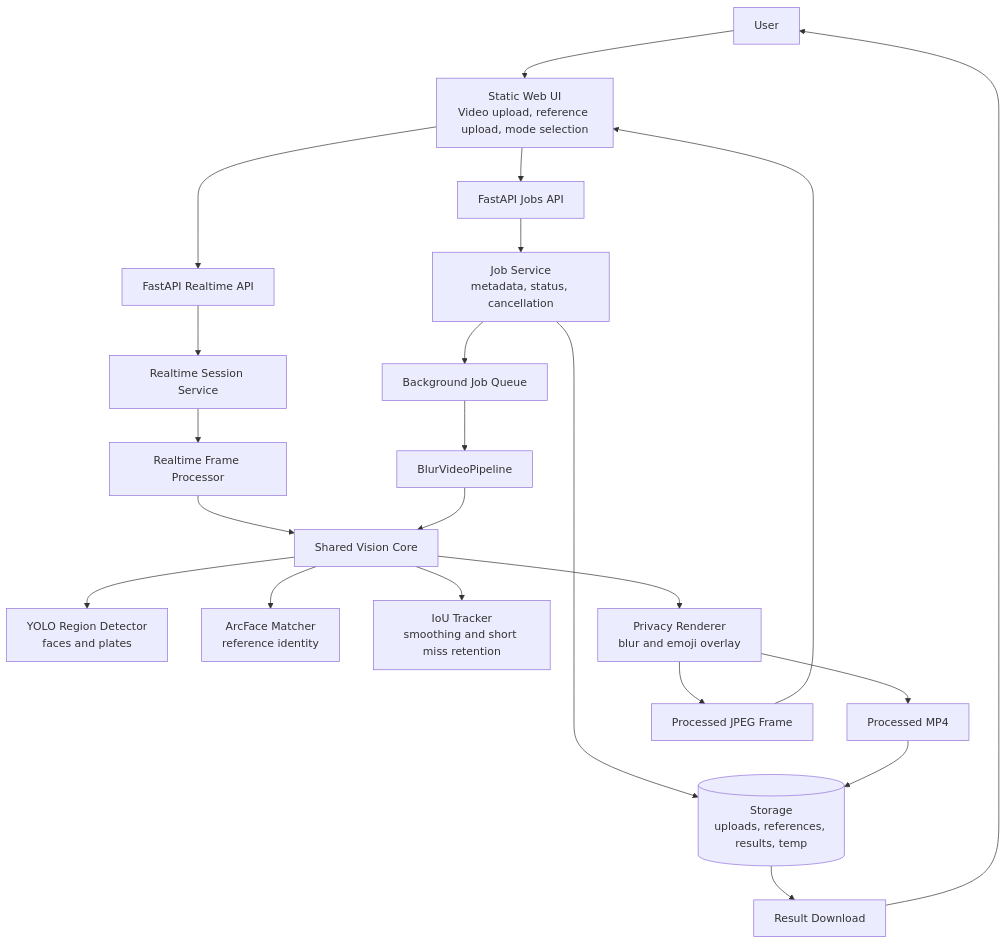
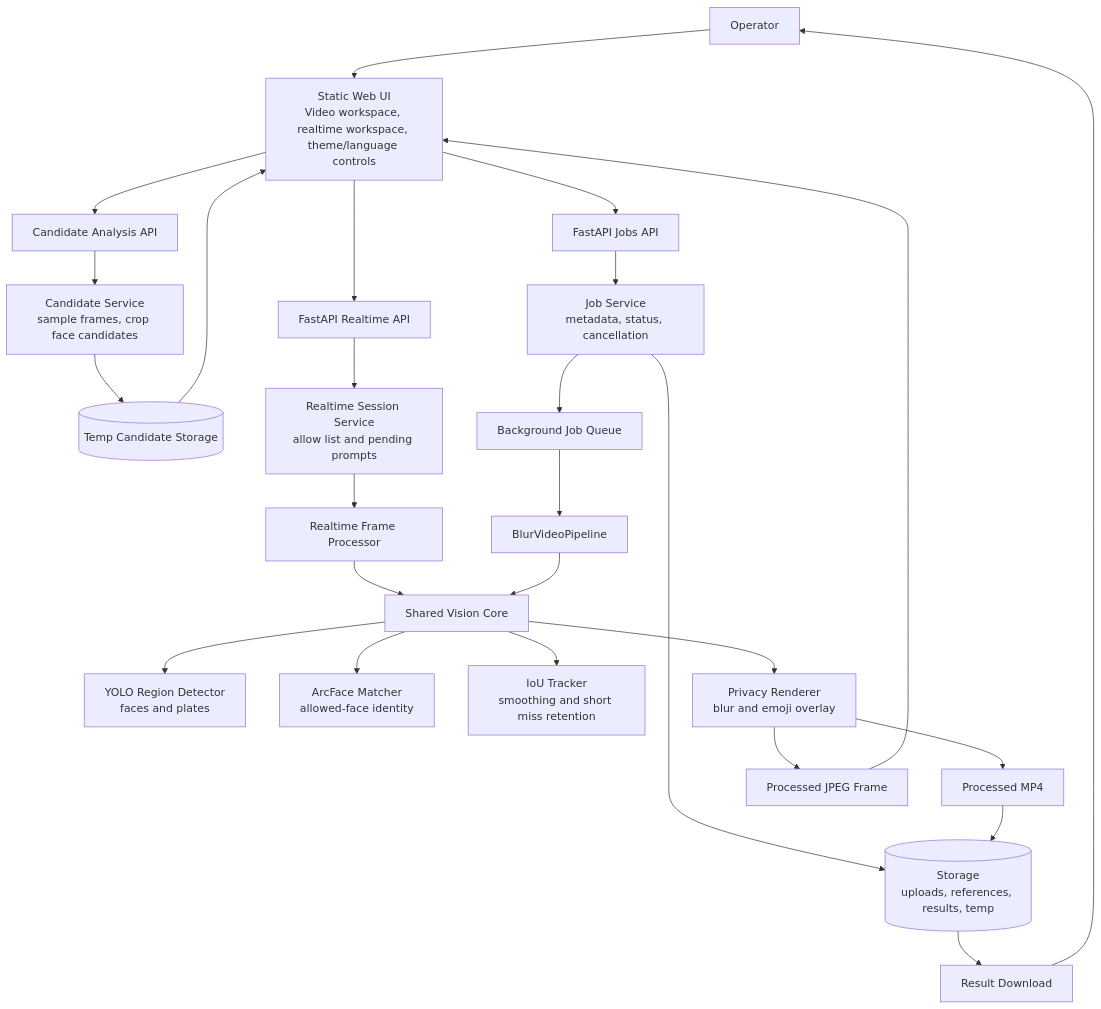
The diagram in README.md (iamdbstjd/Deepdetect), drawn with Mermaid before and after one commit. The commit also changed other lines of this file and 6 other files, not shown here.

First line of the commit message:
Make the privacy workspace feel like a finished service

````diff
--- a/README.md
+++ b/README.md
@@ -48,29 +56,33 @@
 ```mermaid
 flowchart TD
-    User[User] --> WebUI[Static Web UI<br/>Video upload, reference upload, mode selection]
+    User[Operator] --> WebUI[Static Web UI<br/>Video workspace, realtime workspace, theme/language controls]
+    WebUI --> CandidateAPI[Candidate Analysis API]
     WebUI --> JobsAPI[FastAPI Jobs API]
     WebUI --> RealtimeAPI[FastAPI Realtime API]
 
+    CandidateAPI --> CandidateService[Candidate Service<br/>sample frames, crop face candidates]
+    CandidateService --> TempStorage[(Temp Candidate Storage)]
+    TempStorage --> WebUI
     JobsAPI --> JobService[Job Service<br/>metadata, status, cancellation]
     JobService --> Queue[Background Job Queue]
     Queue --> Pipeline[BlurVideoPipeline]
 
-    RealtimeAPI --> RealtimeSession[Realtime Session Service]
+    RealtimeAPI --> RealtimeSession[Realtime Session Service<br/>allow list and pending prompts]
     RealtimeSession --> FrameProcessor[Realtime Frame Processor]
     FrameProcessor --> VisionCore[Shared Vision Core]
     Pipeline --> VisionCore
 
     VisionCore --> Detector[YOLO Region Detector<br/>faces and plates]
-    VisionCore --> Matcher[ArcFace Matcher<br/>reference identity]
+    VisionCore --> Matcher[ArcFace Matcher<br/>allowed-face identity]
     VisionCore --> Tracker[IoU Tracker<br/>smoothing and short miss retention]
     VisionCore --> Renderer[Privacy Renderer<br/>blur and emoji overlay]
 
     Renderer --> OutputVideo[Processed MP4]
     Renderer --> OutputFrame[Processed JPEG Frame]
 
     JobService --> Storage[(Storage<br/>uploads, references, results, temp)]
     OutputVideo --> Storage
     Storage --> Download[Result Download]
     Download --> User
     OutputFrame --> WebUI
 ```
````
